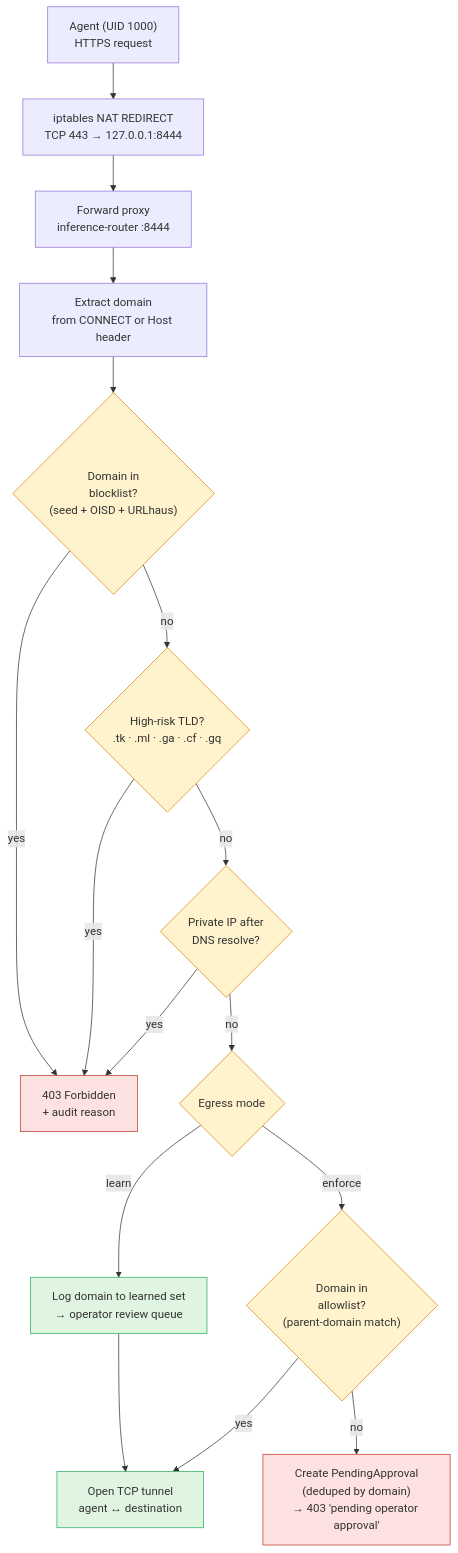
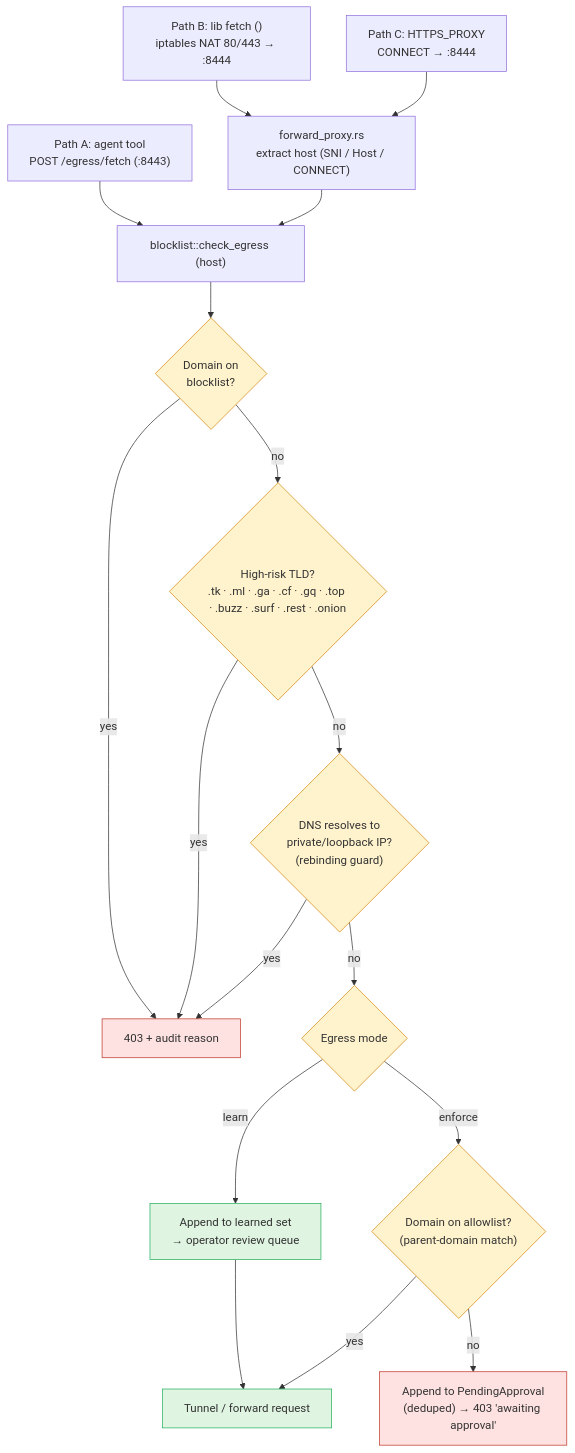
One commit to Azure/kars changed the first of 2 diagrams in docs/egress-proxy.md. Above: the diagram before and after it, drawn with Mermaid. The commit also changed other lines of this file, not shown here.

First line of the commit message:
docs(egress): clarify CRD shape, 3 outbound paths, complete iptables tables

````diff
--- a/docs/egress-proxy.md
+++ b/docs/egress-proxy.md
@@ -53,25 +120,27 @@
 ```mermaid
 flowchart TD
-  REQ["Agent (UID 1000)<br/>HTTPS request"] --> IPT["iptables NAT REDIRECT<br/>TCP 443 → 127.0.0.1:8444"]
-  IPT --> FP["Forward proxy<br/>inference-router :8444"]
-  FP --> EXT["Extract domain<br/>from CONNECT or Host header"]
-  EXT --> BL{"Domain in<br/>blocklist?<br/>(seed + OISD + URLhaus)"}
-  BL -->|yes| BLOCK["403 Forbidden<br/>+ audit reason"]
-  BL -->|no| TLD{"High-risk TLD?<br/>.tk · .ml · .ga · .cf · .gq"}
-  TLD -->|yes| BLOCK
-  TLD -->|no| PRIV{"Private IP after<br/>DNS resolve?"}
-  PRIV -->|yes| BLOCK
+  A_TOOL["Path A: agent tool<br/>POST /egress/fetch (:8443)"] --> CHECK
+  B_NAT["Path B: lib fetch ()<br/>iptables NAT 80/443 → :8444"] --> FP
+  C_PROXY["Path C: HTTPS_PROXY<br/>CONNECT → :8444"] --> FP
+  FP["forward_proxy.rs<br/>extract host (SNI / Host / CONNECT)"] --> CHECK
+
+  CHECK["blocklist::check_egress (host)"] --> BL{"Domain on<br/>blocklist?"}
+  BL -->|yes| DENY["403 + audit reason"]
+  BL -->|no| TLD{"High-risk TLD?<br/>.tk · .ml · .ga · .cf · .gq · .top · .buzz · .surf · .rest · .onion"}
+  TLD -->|yes| DENY
+  TLD -->|no| PRIV{"DNS resolves to<br/>private/loopback IP?<br/>(rebinding guard)"}
+  PRIV -->|yes| DENY
   PRIV -->|no| MODE{"Egress mode"}
-  MODE -->|learn| LOG["Log domain to learned set<br/>→ operator review queue"]
-  LOG --> TUNNEL
-  MODE -->|enforce| AL{"Domain in<br/>allowlist?<br/>(parent-domain match)"}
-  AL -->|yes| TUNNEL["Open TCP tunnel<br/>agent ↔ destination"]
-  AL -->|no| PEND["Create PendingApproval<br/>(deduped by domain)<br/>→ 403 'pending operator approval'"]
+  MODE -->|learn| LOG["Append to learned set<br/>→ operator review queue"]
+  LOG --> ALLOW
+  MODE -->|enforce| AL{"Domain on allowlist?<br/>(parent-domain match)"}
+  AL -->|yes| ALLOW["Tunnel / forward request"]
+  AL -->|no| PEND["Append to PendingApproval<br/>(deduped) → 403 'awaiting approval'"]
 
-  classDef block fill:#fde2e1,stroke:#c0392b
-  classDef ok fill:#dff5e1,stroke:#27ae60
+  classDef bad fill:#fde2e1,stroke:#c0392b
+  classDef good fill:#dff5e1,stroke:#27ae60
   classDef wait fill:#fff3cd,stroke:#d68910
-  class BLOCK,PEND block
-  class TUNNEL,LOG ok
+  class DENY,PEND bad
+  class ALLOW,LOG good
   class MODE,BL,TLD,PRIV,AL wait
 ```
````
